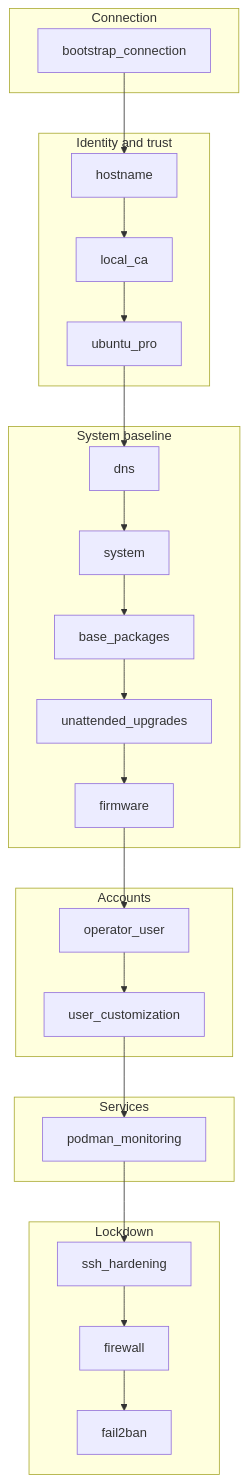
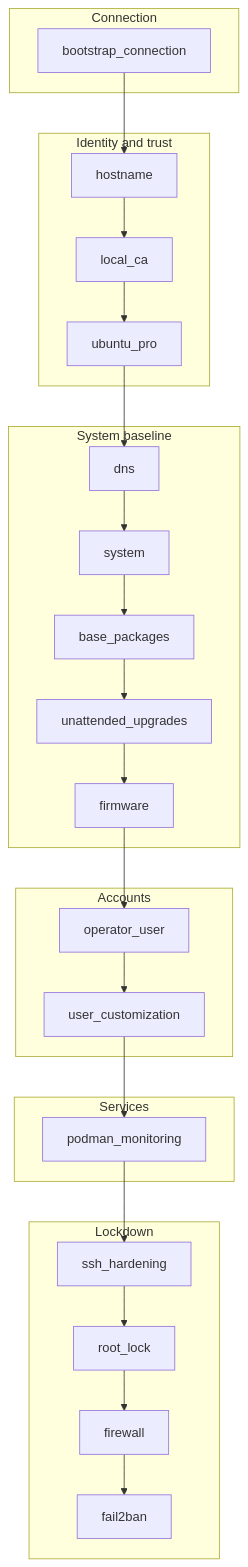
Before and after one commit to nayrosk/nayrosk-ansible: the first of 3 diagrams in docs/architecture.md, drawn with Mermaid. The commit also changed other lines of this file and 11 other files, not shown here.

First line of the commit message:
feat(root_lock): lock the root password after the operator gets sudo (#11)

````diff
--- a/docs/architecture.md
+++ b/docs/architecture.md
@@ -11,26 +11,26 @@
 ```mermaid
 flowchart TD
     subgraph connect["Connection"]
         A[bootstrap_connection]
     end
     subgraph identity["Identity and trust"]
         B[hostname] --> C[local_ca] --> D[ubuntu_pro]
     end
     subgraph base["System baseline"]
         E[dns] --> F[system] --> G[base_packages] --> H[unattended_upgrades] --> I[firmware]
     end
     subgraph accounts["Accounts"]
         J[operator_user] --> K[user_customization]
     end
     subgraph services["Services"]
         L[podman_monitoring]
     end
     subgraph lockdown["Lockdown"]
-        M[ssh_hardening] --> N[firewall] --> O[fail2ban]
+        M[ssh_hardening] --> P[root_lock] --> N[firewall] --> O[fail2ban]
     end
     A --> B
     D --> E
     I --> J
     K --> L
     L --> M
 ```
````
